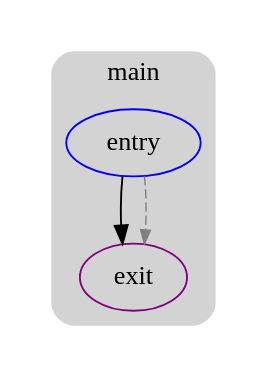
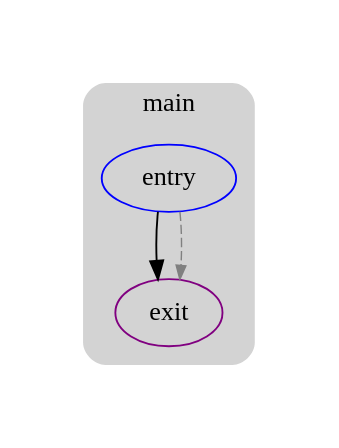
One commit to UnsignedByte/6120 changed the diagram in playground/simple.domtree.dot. Above: the diagram before and after it, drawn with Graphviz. The commit also changed 76 other files, not shown here.

Commit message:
add margin around graphs

```diff
--- a/playground/simple.domtree.dot
+++ b/playground/simple.domtree.dot
@@ -1,16 +1,22 @@
 digraph G {
   compound=true
   subgraph cluster_ {
     peripheries=0
-    subgraph cluster_0 {
-      label="main"
-      color=darkgray
-      style=rounded
-      bgcolor=lightgray
-      cluster_0_0[label="entry",shape=oval,color=blue,rank=source]
-      cluster_0_exit[label=exit,color=purple,rank=sink]
-      cluster_0_0 -> cluster_0_exit [color=black]
-      cluster_0_0 -> cluster_0_exit [color=gray,style=dashed,constraint=false,penwidth=0.75,arrowsize=0.75]
+    margin=10
+    subgraph cluster_0_wrapper {
+      peripheries=0
+      margin=15
+      subgraph cluster_0 {
+        label="main"
+        color=darkgray
+        style=rounded
+        bgcolor=lightgray
+        margin=10
+        cluster_0_0[label="entry",shape=oval,color=blue,rank=source]
+        cluster_0_exit[label=exit,color=purple,rank=sink]
+        cluster_0_0 -> cluster_0_exit [color=black]
+        cluster_0_0 -> cluster_0_exit [color=gray,style=dashed,constraint=false,penwidth=0.75,arrowsize=0.75]
+      }
     }
   }
 }
```
